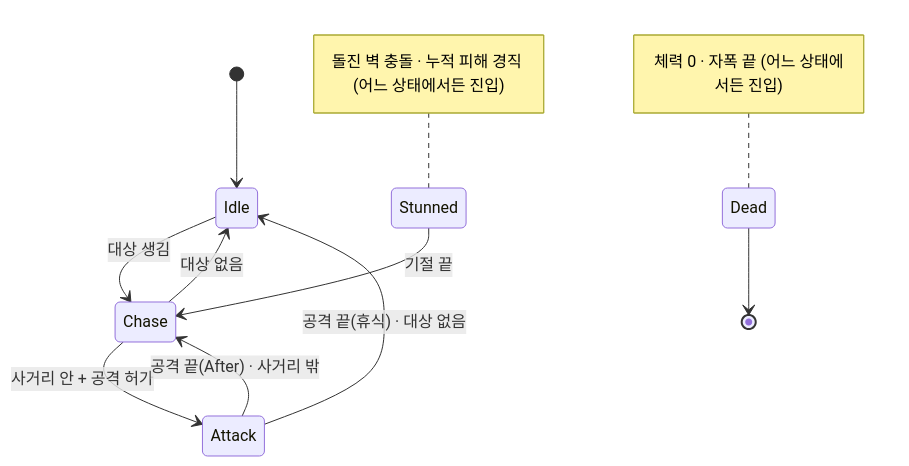
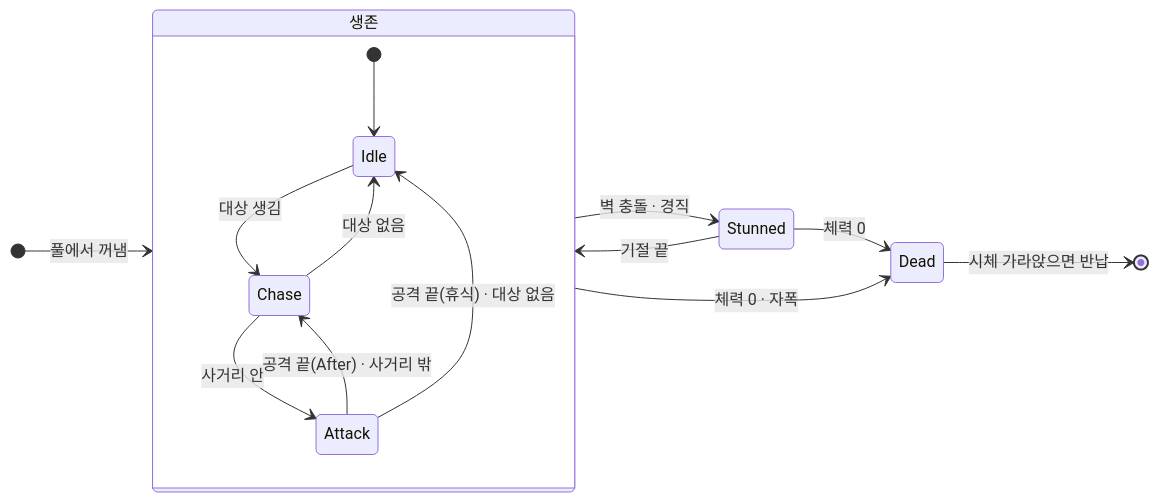
The sixth of 14 diagrams in src/5-hive-purge/기술문서.md (MountainHS/portfolio), drawn with Mermaid before and after one commit. The commit also changed other lines of this file and 1 other file, not shown here.

````diff
--- a/src/5-hive-purge/기술문서.md
+++ b/src/5-hive-purge/기술문서.md
@@ -219,13 +378,18 @@
 ```mermaid
 stateDiagram-v2
-    [*] --> Idle
-    Idle --> Chase: 대상 생김
-    Chase --> Idle: 대상 없음
-    Chase --> Attack: 사거리 안 + 공격 허가
-    Attack --> Chase: 공격 끝(After) · 사거리 밖
-    Attack --> Idle: 공격 끝(휴식) · 대상 없음
-    Stunned --> Chase: 기절 끝
-    Dead --> [*]
-    note left of Stunned: 돌진 벽 충돌 · 누적 피해 경직 (어느 상태에서든 진입)
-    note left of Dead: 체력 0 · 자폭 끝 (어느 상태에서든 진입)
+    direction LR
+    state "생존" as Alive {
+        [*] --> Idle
+        Idle --> Chase: 대상 생김
+        Chase --> Idle: 대상 없음
+        Chase --> Attack: 사거리 안
+        Attack --> Chase: 공격 끝(After) · 사거리 밖
+        Attack --> Idle: 공격 끝(휴식) · 대상 없음
+    }
+    [*] --> Alive: 풀에서 꺼냄
+    Alive --> Stunned: 벽 충돌 · 경직
+    Stunned --> Alive: 기절 끝
+    Alive --> Dead: 체력 0 · 자폭
+    Stunned --> Dead: 체력 0
+    Dead --> [*]: 시체 가라앉으면 반납
 ```
````
